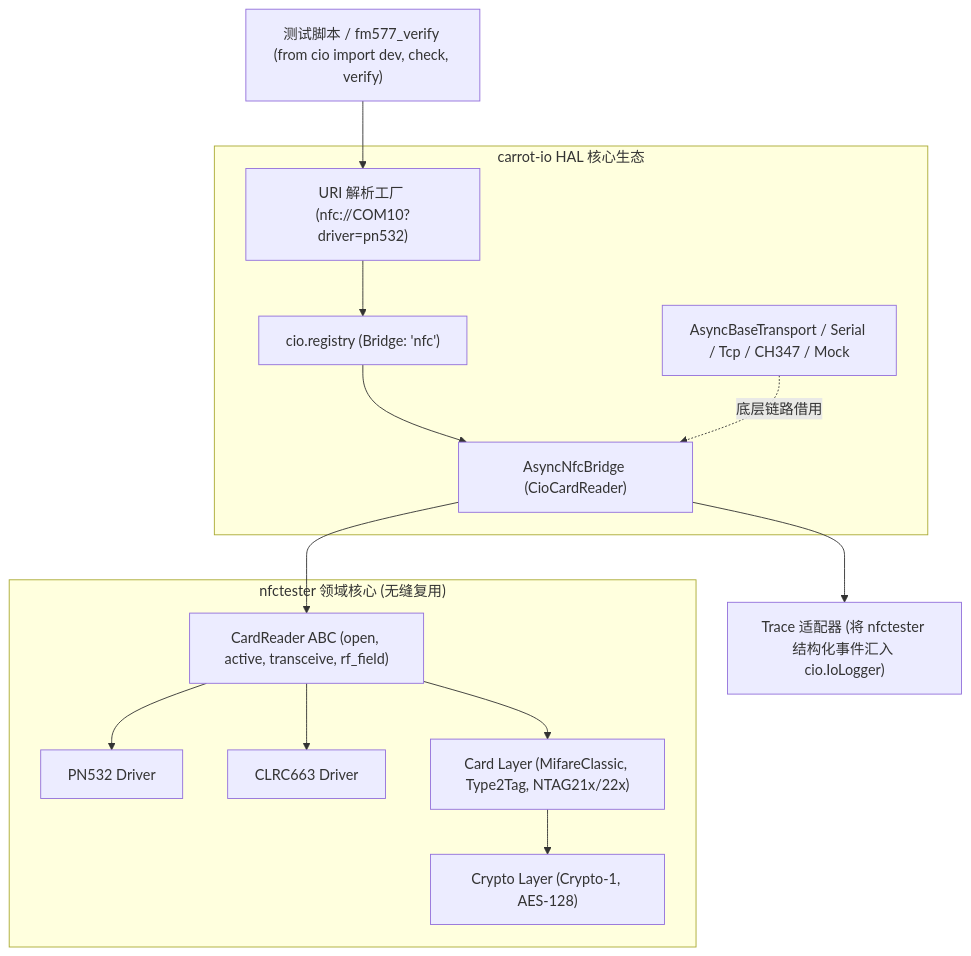
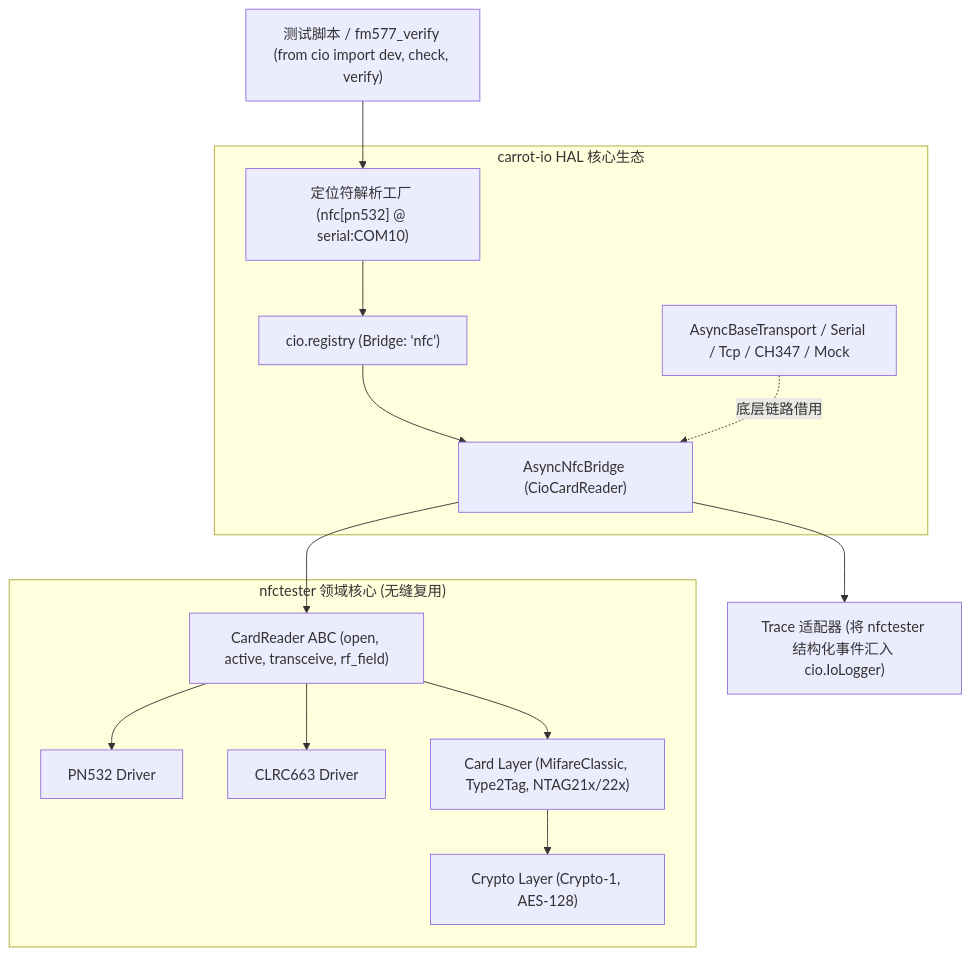
One commit to CRThu/carrot-io changed the diagram in NFC_ROADMAP.md. Above: the diagram before and after it, drawn with Mermaid. The commit also changed other lines of this file and 30 other files, not shown here.

````diff
--- a/NFC_ROADMAP.md
+++ b/NFC_ROADMAP.md
@@ -51,20 +51,20 @@
 ```mermaid
 graph TD
-    User["测试脚本 / fm577_verify (from cio import dev, check, verify)"] --> URI["URI 解析工厂 (nfc://COM10?driver=pn532)"]
+    User["测试脚本 / fm577_verify (from cio import dev, check, verify)"] --> URI["定位符解析工厂 (nfc[pn532] @ serial:COM10)"]
     
     subgraph CIO ["carrot-io HAL 核心生态"]
         URI --> Reg["cio.registry (Bridge: 'nfc')"]
         Reg --> Bridge["AsyncNfcBridge (CioCardReader)"]
         BaseTrans["AsyncBaseTransport / Serial / Tcp / CH347 / Mock"] -.底层链路借用.-> Bridge
     end
 
     subgraph NFCTester ["nfctester 领域核心 (无缝复用)"]
         Bridge --> CardReader["CardReader ABC (open, active, transceive, rf_field)"]
         CardReader --> PN532["PN532 Driver"]
         CardReader --> CLRC["CLRC663 Driver"]
         CardReader --> CardLayer["Card Layer (MifareClassic, Type2Tag, NTAG21x/22x)"]
         CardLayer --> Crypto["Crypto Layer (Crypto-1, AES-128)"]
     end
 
     Bridge --> TraceBridge["Trace 适配器 (将 nfctester 结构化事件汇入 cio.IoLogger)"]
 ```
````
